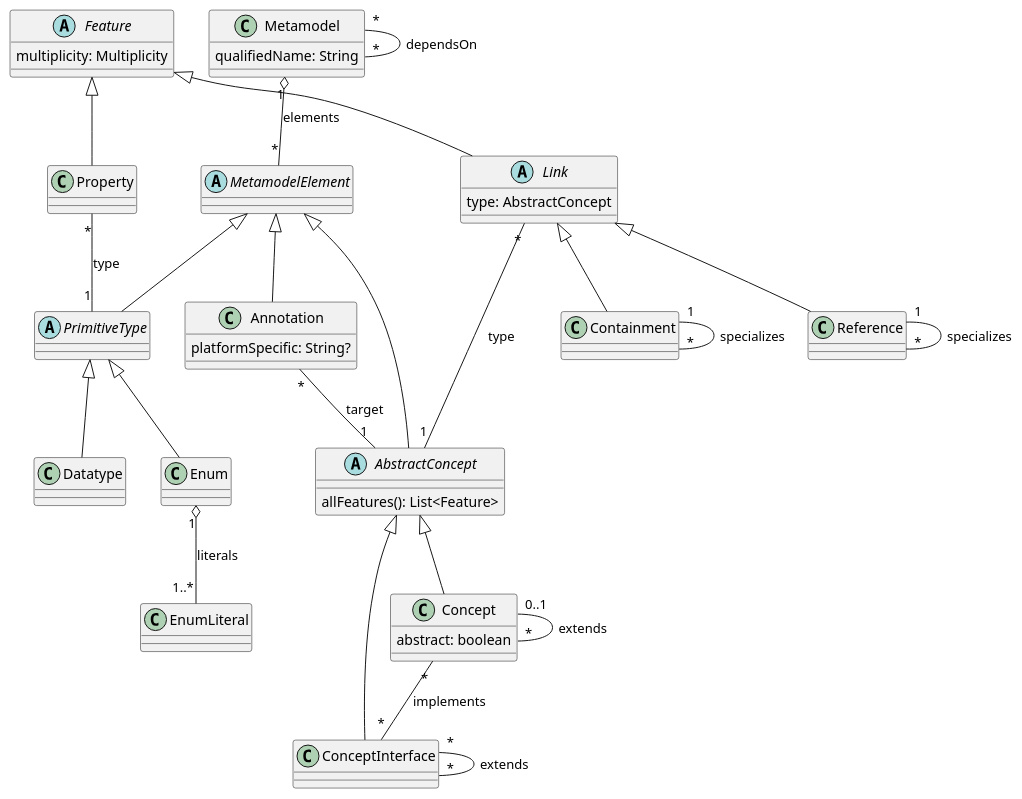
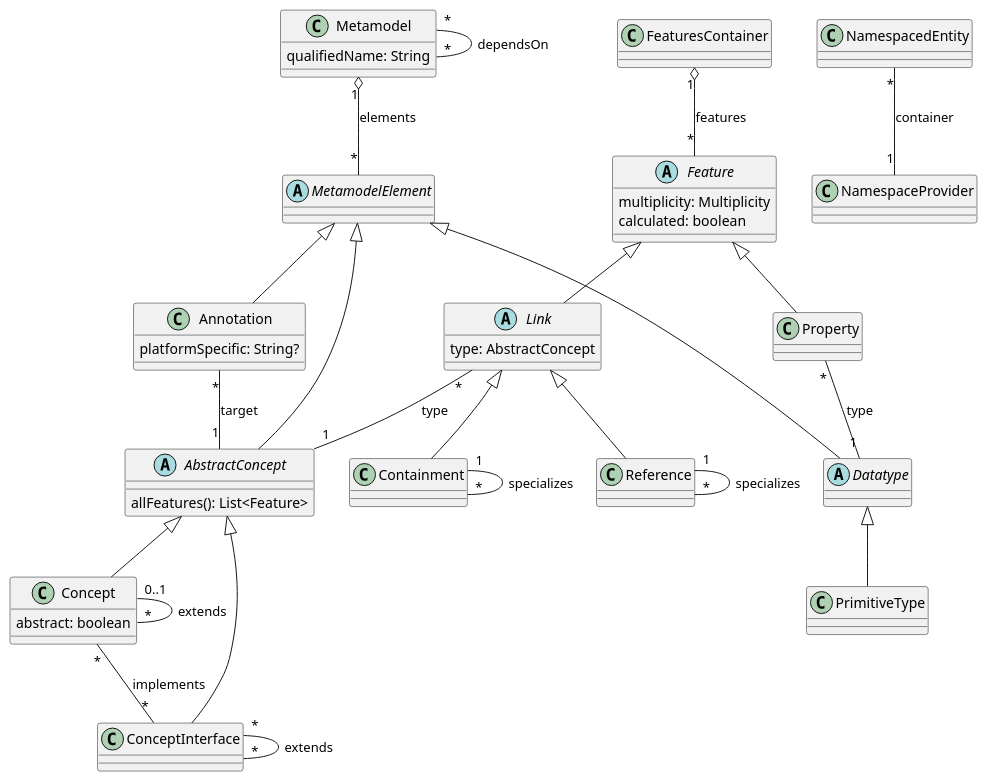
The diagram in lioncore/metametamodel_simplified.puml (LionWeb-io/specification), drawn with PlantUML before and after one commit. The commit also changed 1 other file, not shown here.

Commit message:
update lioncore UML diagrams

```diff
--- a/lioncore/metametamodel_simplified.puml
+++ b/lioncore/metametamodel_simplified.puml
@@ -1,72 +1,70 @@
 @startuml
 
 ' classes
 
-class Metamodel {
+class Metamodel  {
   qualifiedName: String
 }
 
 class Concept extends AbstractConcept {
   abstract: boolean
 }
 
 class ConceptInterface extends AbstractConcept
 
-class Enum extends PrimitiveType 
-
-class Datatype extends PrimitiveType
+class PrimitiveType extends Datatype
 
 class Annotation extends MetamodelElement  {
   platformSpecific: String?
 }
 
 class Containment extends Link
 
 class Reference extends Link
 
-class EnumLiteral 
-
 class Property extends Feature
 
 ' Abstract classes
 
-abstract class MetamodelElement 
+abstract class MetamodelElement
 
-abstract class AbstractConcept extends MetamodelElement  {
+abstract class AbstractConcept extends MetamodelElement {
   allFeatures(): List<Feature>
 }
 
-abstract class PrimitiveType extends MetamodelElement
+abstract class Datatype extends MetamodelElement
 
-abstract class Feature  {
+abstract class Feature {
   multiplicity: Multiplicity
+  calculated: boolean
 }
 
 abstract class Link extends Feature {
   type: AbstractConcept
 }
-
 
 ' Relations
 
 Metamodel "1" o-- "*" MetamodelElement: elements
 Metamodel "*" -- "*" Metamodel: dependsOn
 
 Concept "0..1" -- "*" Concept: extends
 Concept "*" -- "*" ConceptInterface: implements
 
 ConceptInterface "*" -- "*" ConceptInterface: extends
 
-Enum "1" o-- "1..*" EnumLiteral: literals
-
 Annotation "*" -- "1" AbstractConcept: target
 
 Containment "1" -- "*" Containment: specializes
 
 Reference "1" -- "*" Reference: specializes
 
-Property "*" -- "1" PrimitiveType: type
+Property "*" -- "1" Datatype: type
 
 Link "*" -- "1" AbstractConcept: type
 
+NamespacedEntity "*" -- "1" NamespaceProvider: container
+
+FeaturesContainer "1" o-- "*" Feature: features
+
 @enduml
```
